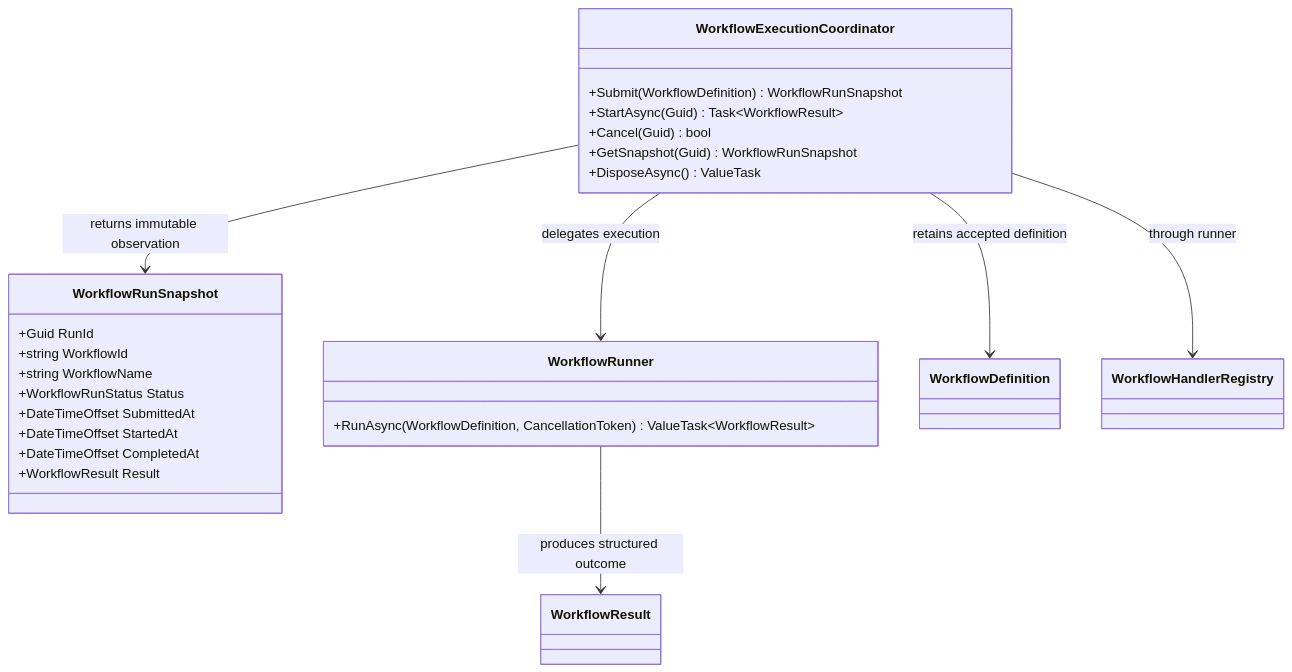
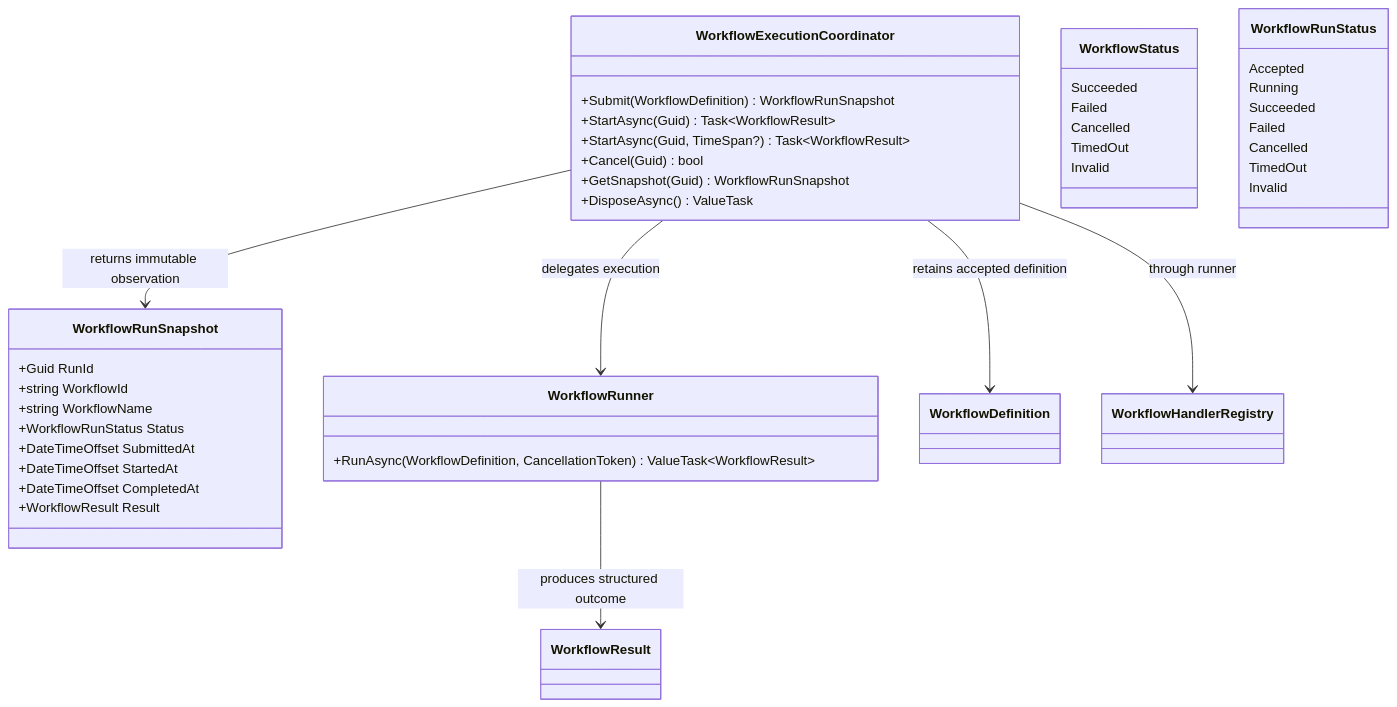
One commit to TrentBest/TheSingularityWorkshop.Foundry changed the first of 2 diagrams in docs/UML/WorkflowExecutionCoordinatorUML.md. Above: the diagram before and after it, drawn with Mermaid. The commit also changed other lines of this file, not shown here.

Commit message:
Update coordinator UML for timeout outcomes

````diff
--- a/docs/UML/WorkflowExecutionCoordinatorUML.md
+++ b/docs/UML/WorkflowExecutionCoordinatorUML.md
@@ -10,32 +10,49 @@
 ```mermaid
 classDiagram
     direction TB
     class WorkflowExecutionCoordinator {
         +Submit(WorkflowDefinition) WorkflowRunSnapshot
         +StartAsync(Guid) Task~WorkflowResult~
+        +StartAsync(Guid, TimeSpan?) Task~WorkflowResult~
         +Cancel(Guid) bool
         +GetSnapshot(Guid) WorkflowRunSnapshot
         +DisposeAsync() ValueTask
     }
     class WorkflowRunSnapshot {
         +Guid RunId
         +string WorkflowId
         +string WorkflowName
         +WorkflowRunStatus Status
         +DateTimeOffset SubmittedAt
         +DateTimeOffset StartedAt
         +DateTimeOffset CompletedAt
         +WorkflowResult Result
     }
     class WorkflowRunner {
         +RunAsync(WorkflowDefinition, CancellationToken) ValueTask~WorkflowResult~
     }
     class WorkflowDefinition
     class WorkflowHandlerRegistry
     class WorkflowResult
+    class WorkflowStatus {
+        Succeeded
+        Failed
+        Cancelled
+        TimedOut
+        Invalid
+    }
+    class WorkflowRunStatus {
+        Accepted
+        Running
+        Succeeded
+        Failed
+        Cancelled
+        TimedOut
+        Invalid
+    }
     WorkflowExecutionCoordinator --> WorkflowRunner : delegates execution
     WorkflowExecutionCoordinator --> WorkflowHandlerRegistry : through runner
     WorkflowExecutionCoordinator --> WorkflowDefinition : retains accepted definition
     WorkflowExecutionCoordinator --> WorkflowRunSnapshot : returns immutable observation
     WorkflowRunner --> WorkflowResult : produces structured outcome
 ```
````
